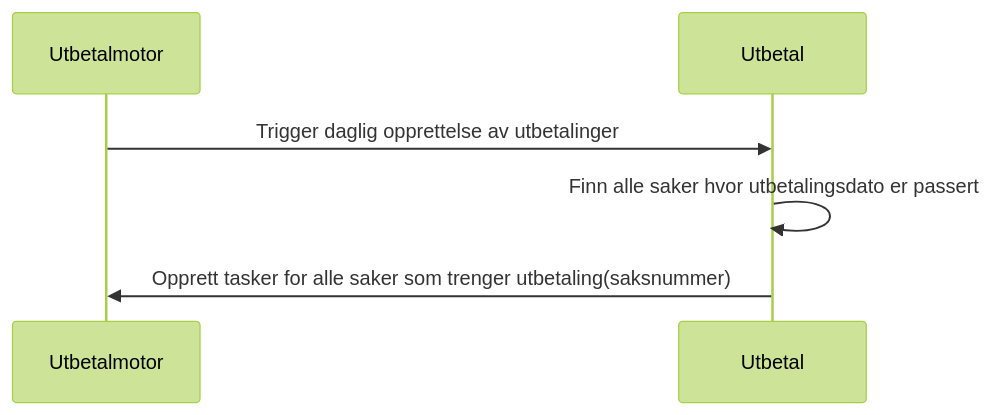
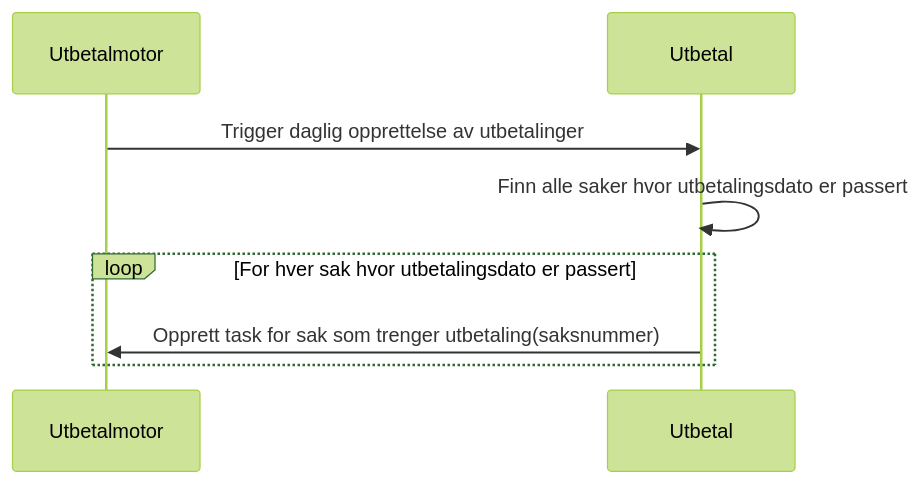
The fifth of 8 diagrams in README.md (navikt/aap-utbetal), drawn with Mermaid (forest theme) before and after one commit. The commit also changed other lines of this file, not shown here.

Commit message:
Endret sekvensdiagrammer.

````diff
--- a/README.md
+++ b/README.md
@@ -66,6 +68,8 @@
 ```mermaid
 sequenceDiagram
 Utbetalmotor->>Utbetal: Trigger daglig opprettelse av utbetalinger
 Utbetal->>Utbetal: Finn alle saker hvor utbetalingsdato er passert
-Utbetal->>Utbetalmotor: Opprett tasker for alle saker som trenger utbetaling(saksnummer)
+loop For hver sak hvor utbetalingsdato er passert
+    Utbetal->>Utbetalmotor: Opprett task for sak som trenger utbetaling(saksnummer)
+end
 ```
````
